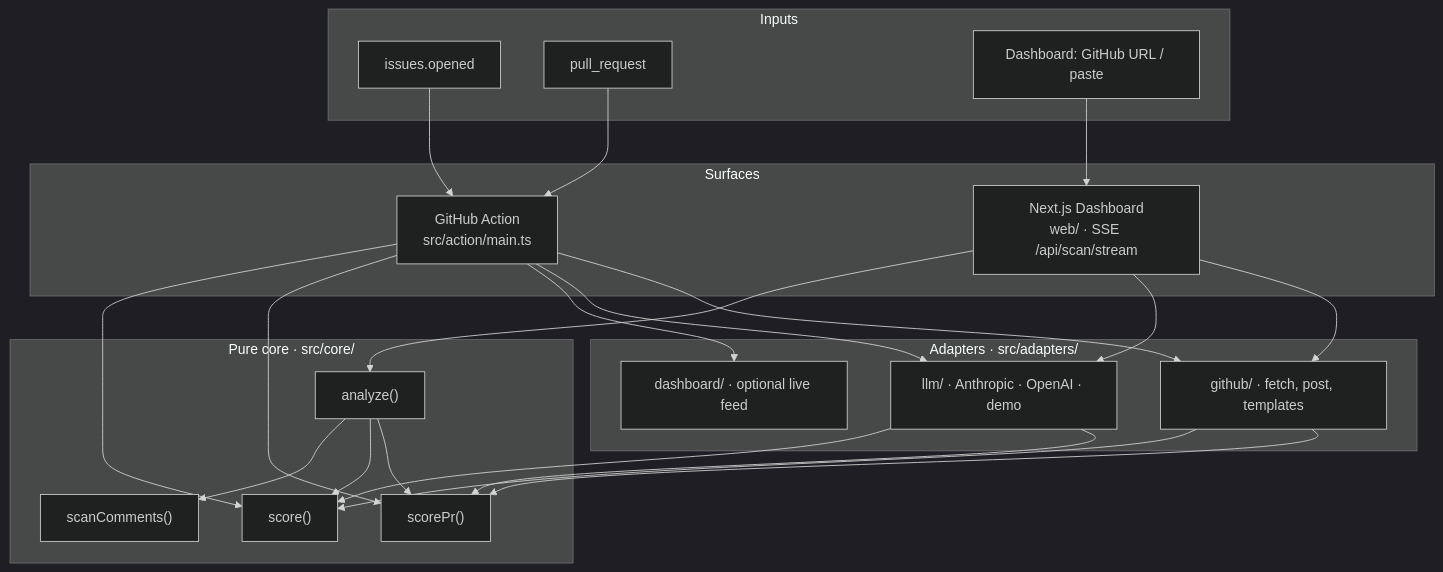
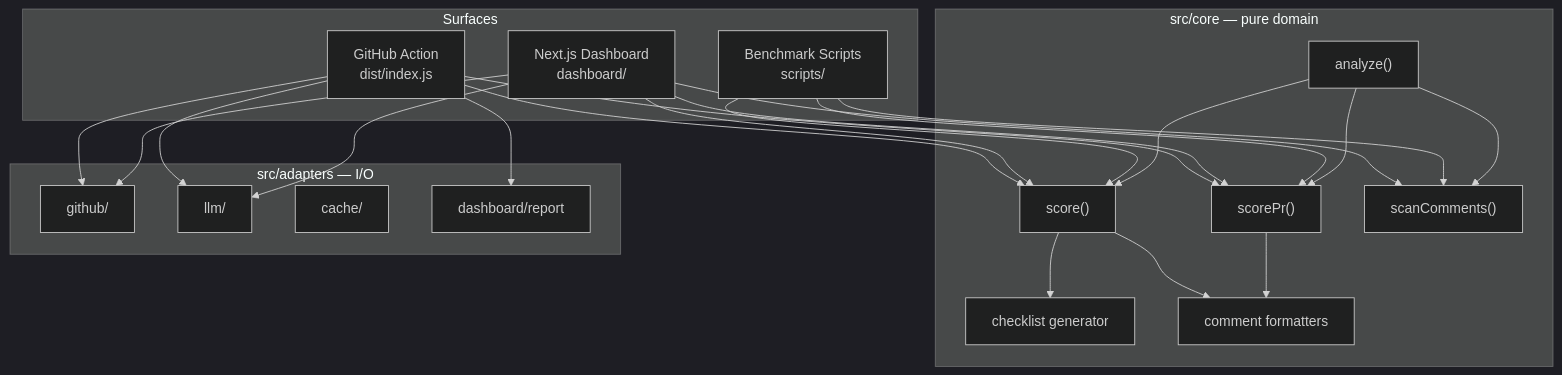
One commit to sneha-yadav1111/slop-detector changed the first of 7 diagrams in README.md. Above: the diagram before and after it, drawn with Mermaid (dark theme). The commit also changed other lines of this file and 4 other files, not shown here.

````diff
--- a/README.md
+++ b/README.md
@@ -51,45 +85,47 @@
 ```mermaid
 flowchart TB
-  subgraph inputs["Inputs"]
-    GH_ISSUE["issues.opened"]
-    GH_PR["pull_request"]
-    DASH_URL["Dashboard: GitHub URL / paste"]
+  subgraph surfaces [Surfaces]
+    Action["GitHub Action<br/>dist/index.js"]
+    Dashboard["Next.js Dashboard<br/>dashboard/"]
+    Bench["Benchmark Scripts<br/>scripts/"]
   end
 
-  subgraph surfaces["Surfaces"]
-    ACTION["GitHub Action<br/>src/action/main.ts"]
-    WEB["Next.js Dashboard<br/>web/ · SSE /api/scan/stream"]
+  subgraph core [src/core — pure domain]
+    ScoreIssue["score()"]
+    ScorePr["scorePr()"]
+    ScanComments["scanComments()"]
+    Analyze["analyze()"]
+    Checklist["checklist generator"]
+    Format["comment formatters"]
   end
 
-  subgraph adapters["Adapters · src/adapters/"]
-    GH["github/ · fetch, post, templates"]
-    LLM["llm/ · Anthropic · OpenAI · demo"]
-    INGEST["dashboard/ · optional live feed"]
+  subgraph adapters [src/adapters — I/O]
+    GitHub["github/"]
+    LLM["llm/"]
+    Cache["cache/"]
+    DashReport["dashboard/report"]
   end
 
-  subgraph core["Pure core · src/core/"]
-    ANALYZE["analyze()"]
-    SCORE_PR["scorePr()"]
-    SCORE_ISS["score()"]
-    COMMENTS["scanComments()"]
-  end
+  Action --> ScoreIssue
+  Action --> ScorePr
+  Action --> GitHub
+  Action --> LLM
+  Action --> DashReport
 
-  GH_ISSUE --> ACTION
-  GH_PR --> ACTION
-  DASH_URL --> WEB
-  ACTION --> GH
-  ACTION --> LLM
-  ACTION --> INGEST
-  WEB --> GH
-  WEB --> LLM
-  GH --> SCORE_PR
-  GH --> SCORE_ISS
-  LLM --> SCORE_PR
-  LLM --> SCORE_ISS
-  WEB --> ANALYZE
-  ANALYZE --> SCORE_PR
-  ANALYZE --> SCORE_ISS
-  ANALYZE --> COMMENTS
-  ACTION --> SCORE_PR
-  ACTION --> SCORE_ISS
+  Dashboard --> ScoreIssue
+  Dashboard --> ScorePr
+  Dashboard --> ScanComments
+  Dashboard --> GitHub
+  Dashboard --> LLM
+
+  Bench --> ScoreIssue
+  Bench --> ScorePr
+  Bench --> ScanComments
+
+  ScoreIssue --> Checklist
+  ScoreIssue --> Format
+  ScorePr --> Format
+  Analyze --> ScoreIssue
+  Analyze --> ScorePr
+  Analyze --> ScanComments
 ```
````
